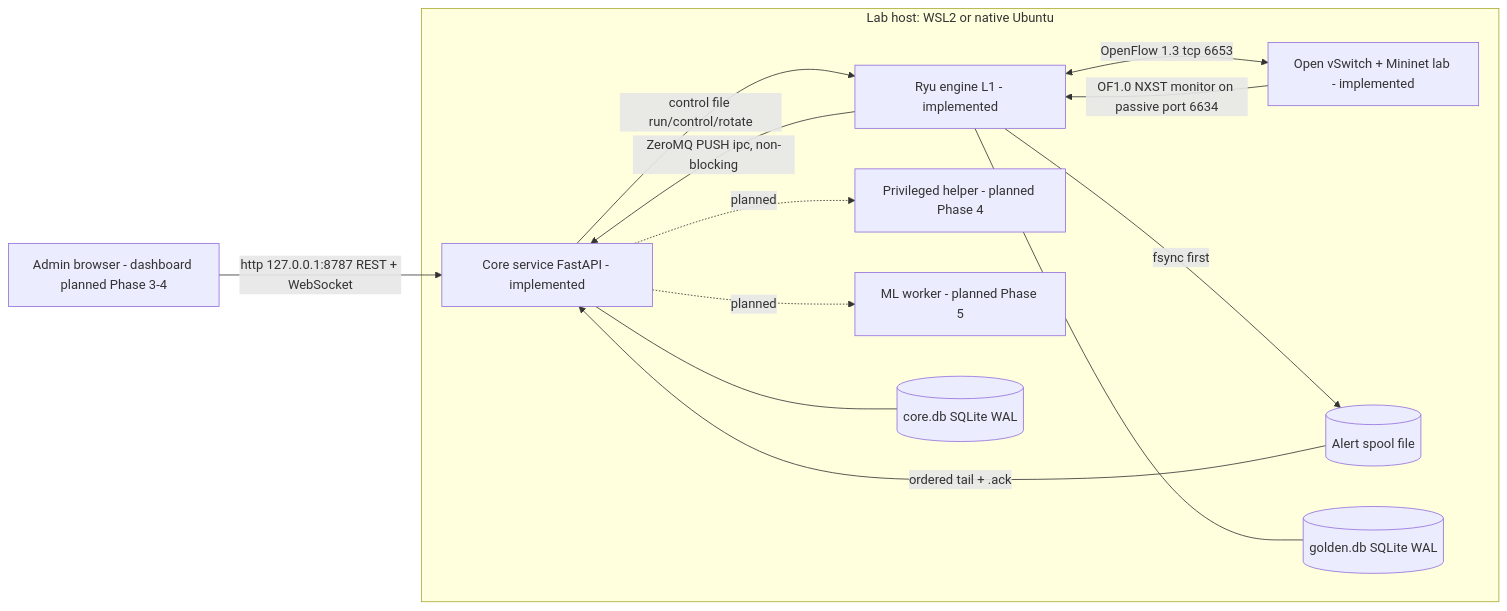
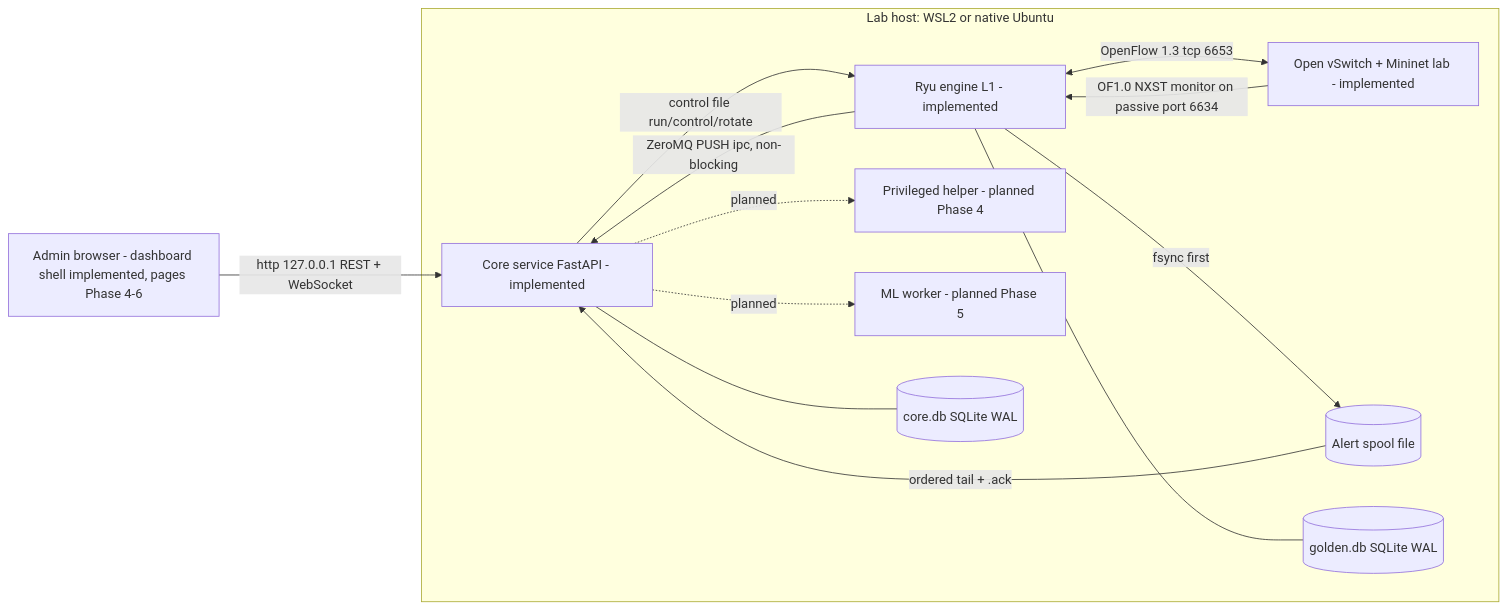
Before and after one commit to RKG765/flowguard: the first of 6 diagrams in ARCHITECTURE.md, drawn with Mermaid. The commit also changed other lines of this file and 54 other files, not shown here.

First line of the commit message:
Phase 3: design system (Stitch) and dashboard shell

````diff
--- a/ARCHITECTURE.md
+++ b/ARCHITECTURE.md
@@ -38,24 +39,24 @@
 ```mermaid
 flowchart LR
-  Admin[Admin browser - dashboard planned Phase 3-4] -->|http 127.0.0.1:8787 REST + WebSocket| Core
+  Admin[Admin browser - dashboard shell implemented, pages Phase 4-6] -->|http 127.0.0.1 REST + WebSocket| Core
   subgraph Host[Lab host: WSL2 or native Ubuntu]
     Core[Core service FastAPI - implemented]
     Engine[Ryu engine L1 - implemented]
     Helper[Privileged helper - planned Phase 4]
     ML[ML worker - planned Phase 5]
     OVS[Open vSwitch + Mininet lab - implemented]
     Spool[(Alert spool file)]
     CoreDB[(core.db SQLite WAL)]
     Golden[(golden.db SQLite WAL)]
   end
   Engine <-->|OpenFlow 1.3 tcp 6653| OVS
   OVS -->|OF1.0 NXST monitor on passive port 6634| Engine
   Engine --- Golden
   Engine -->|fsync first| Spool
   Engine -->|ZeroMQ PUSH ipc, non-blocking| Core
   Spool -->|ordered tail + .ack| Core
   Core --- CoreDB
   Core -->|control file run/control/rotate| Engine
   Core -.->|planned| Helper
   Core -.->|planned| ML
 ```
````
